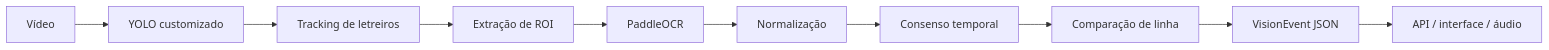
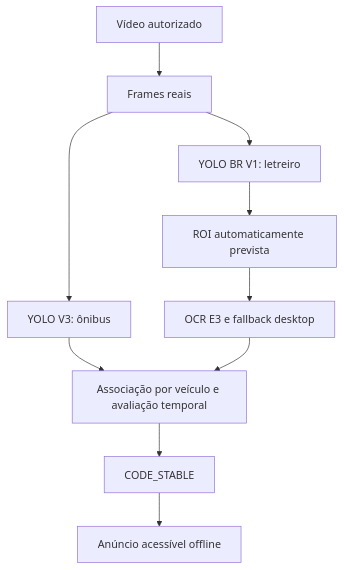
The diagram in README.md (Caique-Chagas/sonar-vision), drawn with Mermaid before and after one commit. The commit also changed other lines of this file and 215 other files, not shown here.

````diff
--- a/README.md
+++ b/README.md
@@ -40,12 +43,12 @@
 ```mermaid
-flowchart LR
-    S[Vídeo] --> D[YOLO customizado]
-    D --> T[Tracking de letreiros]
-    T --> R[Extração de ROI]
-    R --> O[PaddleOCR]
-    O --> N[Normalização]
-    N --> V[Consenso temporal]
-    V --> M[Comparação de linha]
-    M --> E[VisionEvent JSON]
-    E --> A[API / interface / áudio]
+flowchart TD
+    V[Vídeo autorizado] --> F[Frames reais]
+    F --> B[YOLO V3: ônibus]
+    F --> L[YOLO BR V1: letreiro]
+    L --> R[ROI automaticamente prevista]
+    R --> O[OCR E3 e fallback desktop]
+    B --> T[Associação por veículo e avaliação temporal]
+    O --> T
+    T --> C[CODE_STABLE]
+    C --> A[Anúncio acessível offline]
 ```
````
